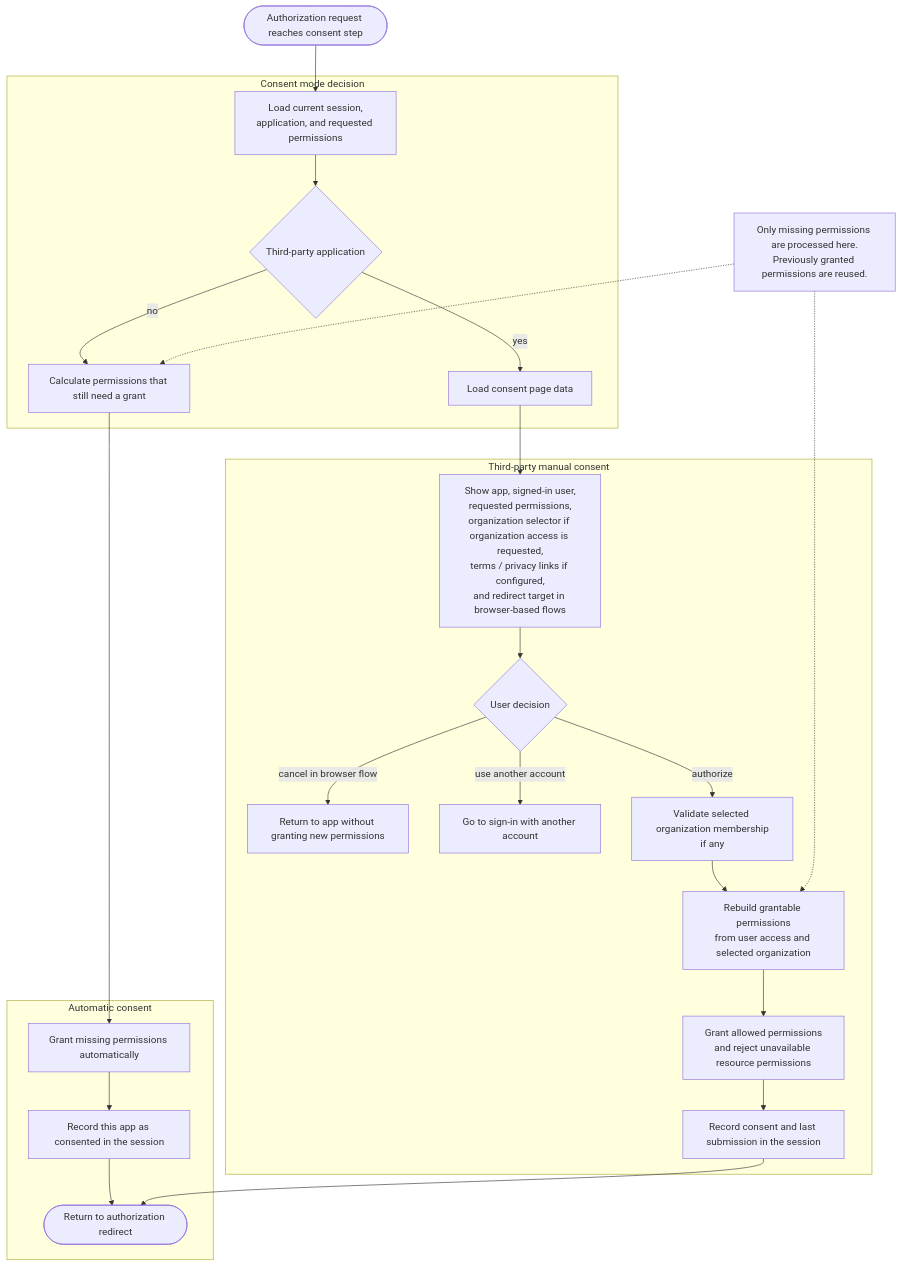
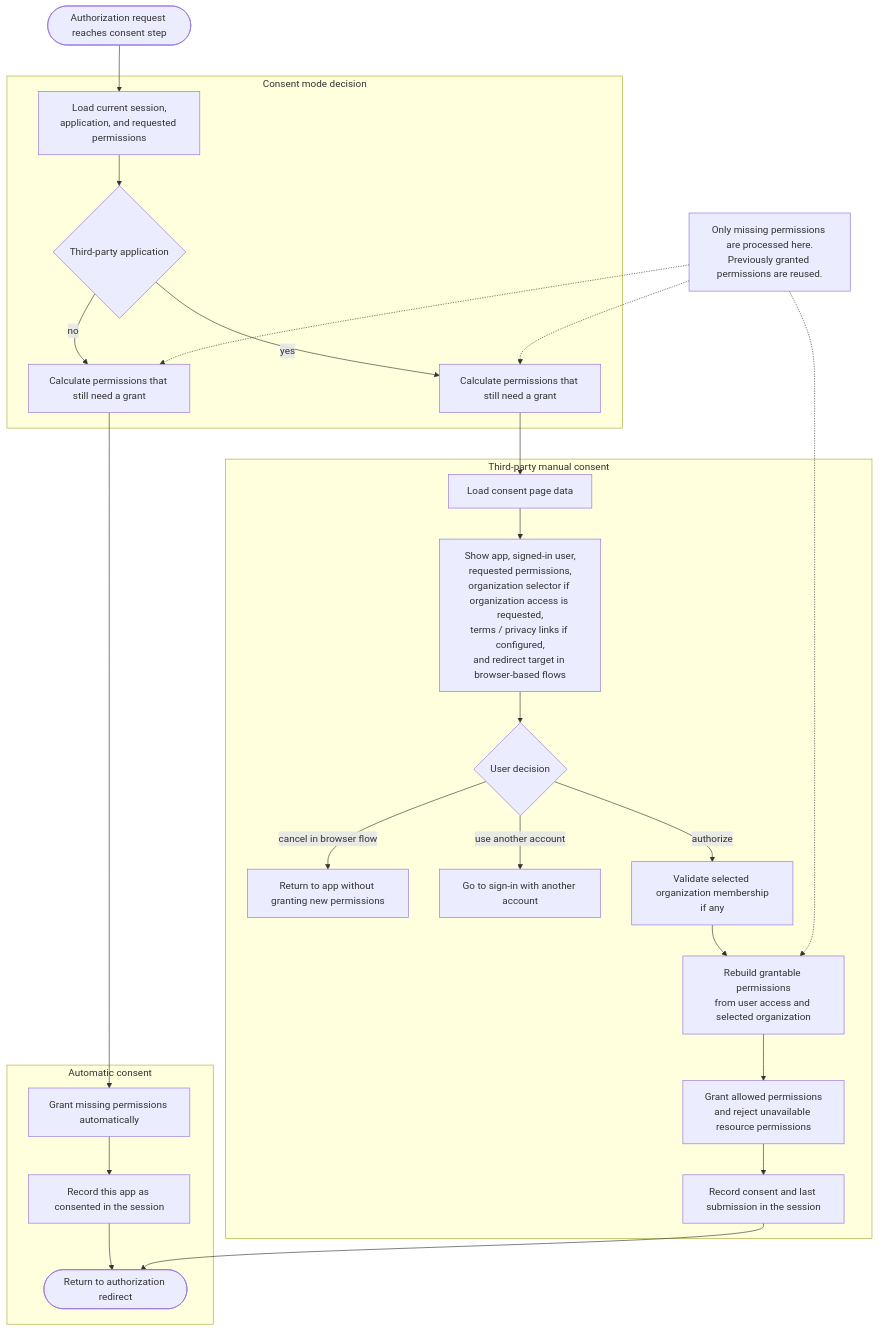
The diagram in end-user-flows/consent-flow.md (logto-io/logto), drawn with Mermaid before and after one commit.

Commit message:
docs: clarify missing-permission handling in consent flow

````diff
--- a/end-user-flows/consent-flow.md
+++ b/end-user-flows/consent-flow.md
@@ -3,36 +3,38 @@
 ```mermaid
 flowchart TD
   start([Authorization request reaches consent step])
   start --> ctx0[Load current session,<br/>application, and requested permissions]
 
   subgraph Decision["Consent mode decision"]
     ctx0 --> app_check{Third-party application}
     app_check -->|no| auto_scope[Calculate permissions that still need a grant]
-    app_check -->|yes| manual_load[Load consent page data]
+    app_check -->|yes| manual_scope[Calculate permissions that still need a grant]
   end
 
   subgraph AutoConsent["Automatic consent"]
     auto_scope --> auto_grant[Grant missing permissions automatically]
     auto_grant --> auto_record[Record this app as consented in the session]
     auto_record --> done([Return to authorization redirect])
   end
 
   subgraph ManualConsent["Third-party manual consent"]
+    manual_scope --> manual_load[Load consent page data]
     manual_load --> manual_page[Show app, signed-in user,<br/>requested permissions,<br/>organization selector if organization access is requested,<br/>terms / privacy links if configured,<br/>and redirect target in browser-based flows]
     manual_page --> consent_decision{User decision}
 
     consent_decision -->|cancel in browser flow| cancel[Return to app without granting new permissions]
     consent_decision -->|use another account| reauth[Go to sign-in with another account]
     consent_decision -->|authorize| org_validate[Validate selected organization membership<br/>if any]
 
     org_validate --> scope_rebuild[Rebuild grantable permissions<br/>from user access and selected organization]
     scope_rebuild --> manual_grant[Grant allowed permissions<br/>and reject unavailable resource permissions]
     manual_grant --> manual_record[Record consent and last submission in the session]
     manual_record --> done
   end
 
   note_missing[Only missing permissions are processed here.<br/>Previously granted permissions are reused.]
 
   note_missing -.-> auto_scope
+  note_missing -.-> manual_scope
   note_missing -.-> scope_rebuild
 ```
````
